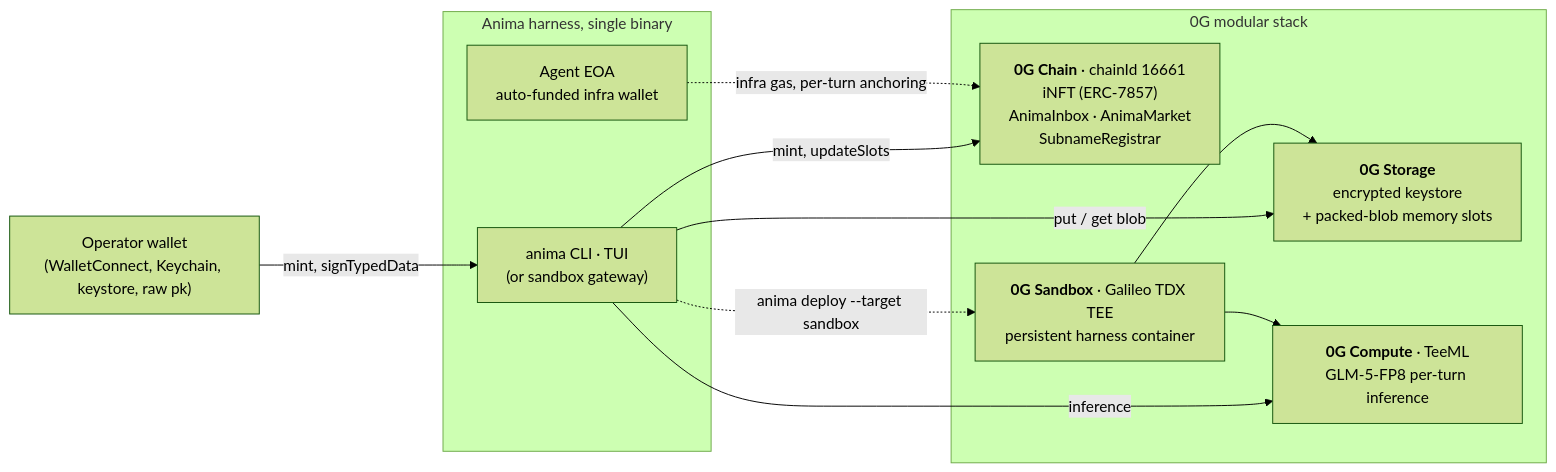
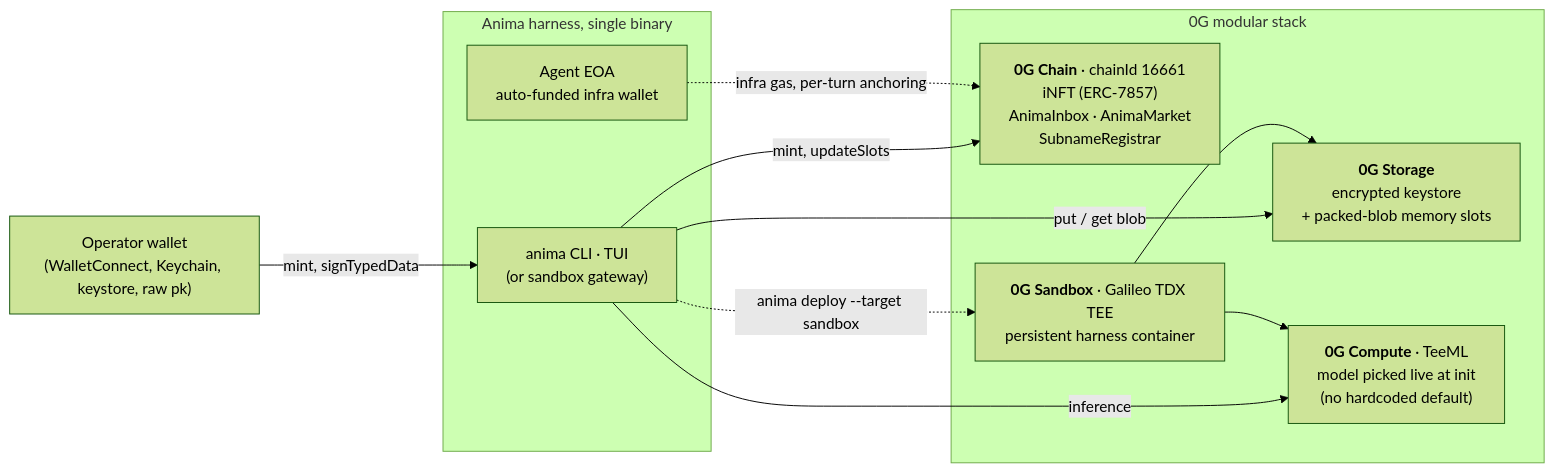
Before and after one commit to s0nderlabs/anima: the diagram in README.md, drawn with Mermaid (forest theme). The commit also changed other lines of this file and 1 other file, not shown here.

Commit message:
docs: drop hardcoded GLM-5 default, anima picks model live at init

````diff
--- a/README.md
+++ b/README.md
@@ -78,23 +78,23 @@
 ```mermaid
 %%{init: {"flowchart": {"htmlLabels": true}}}%%
 flowchart LR
     W["Operator wallet<br/>(WalletConnect, Keychain, keystore, raw pk)"]
     subgraph Harness["Anima harness, single binary"]
       CLI["anima CLI · TUI<br/>(or sandbox gateway)"]
       Agent["Agent EOA<br/>auto-funded infra wallet"]
     end
     subgraph ZG["0G modular stack"]
       Chain["<b>0G Chain</b> · chainId 16661<br/>iNFT (ERC-7857)<br/>AnimaInbox · AnimaMarket<br/>SubnameRegistrar"]
       Storage["<b>0G Storage</b><br/>encrypted keystore<br/>+ packed-blob memory slots"]
-      Compute["<b>0G Compute</b> · TeeML<br/>GLM-5-FP8 per-turn inference"]
+      Compute["<b>0G Compute</b> · TeeML<br/>model picked live at init<br/>(no hardcoded default)"]
       Sandbox["<b>0G Sandbox</b> · Galileo TDX TEE<br/>persistent harness container"]
     end
     W -->|"mint, signTypedData"| CLI
     CLI -->|"mint, updateSlots"| Chain
     CLI -->|"put / get blob"| Storage
     CLI -->|"inference"| Compute
     CLI -.->|"anima deploy --target sandbox"| Sandbox
     Agent -.->|"infra gas, per-turn anchoring"| Chain
     Sandbox --> Compute
     Sandbox --> Storage
 ```
````
